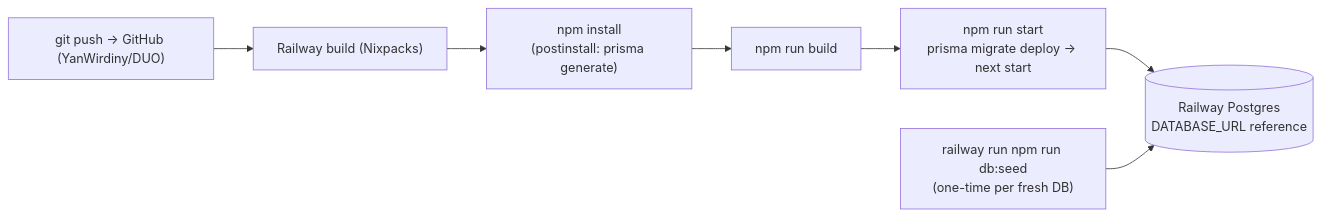
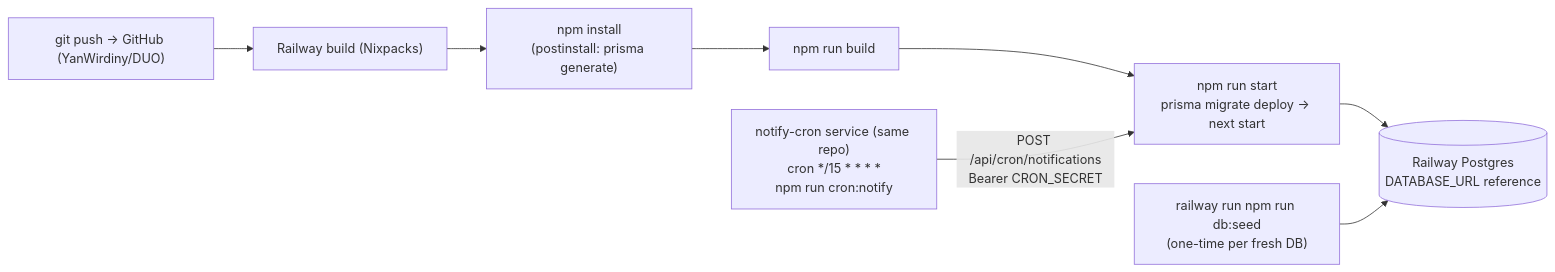
Before and after one commit to YanWirdiny/DUO: diagram 18 of 18 in ARCHITECTURE.md, drawn with Mermaid. The commit also changed other lines of this file and 51 other files, not shown here.

````diff
--- a/ARCHITECTURE.md
+++ b/ARCHITECTURE.md
@@ -784,7 +1040,8 @@
 ```mermaid
 flowchart LR
     GH["git push → GitHub (YanWirdiny/DUO)"] --> RW["Railway build (Nixpacks)"]
     RW --> I["npm install<br/>(postinstall: prisma generate)"] --> BD["npm run build"] --> ST["npm run start<br/>prisma migrate deploy → next start"]
     ST --> PG[("Railway Postgres<br/>DATABASE_URL reference")]
     CLI["railway run npm run db:seed<br/>(one-time per fresh DB)"] --> PG
+    CRON["notify-cron service (same repo)<br/>cron */15 * * * *<br/>npm run cron:notify"] -- "POST /api/cron/notifications<br/>Bearer CRON_SECRET" --> ST
 ```
````
